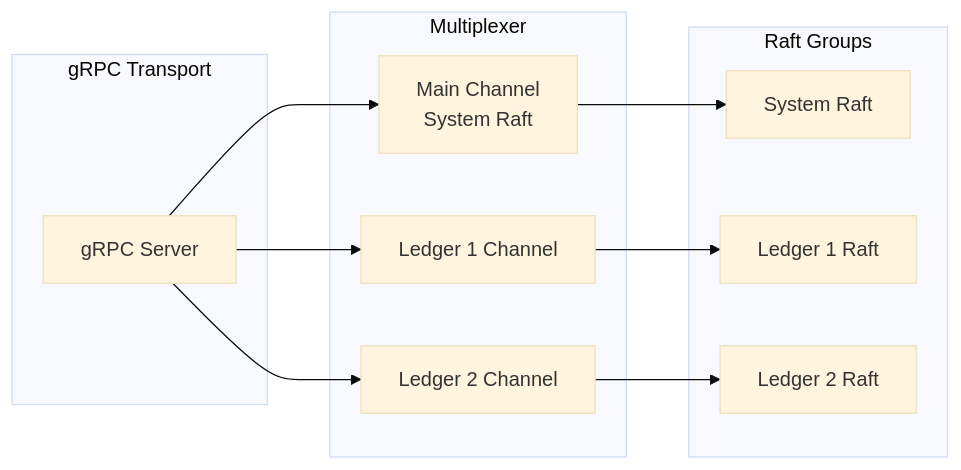
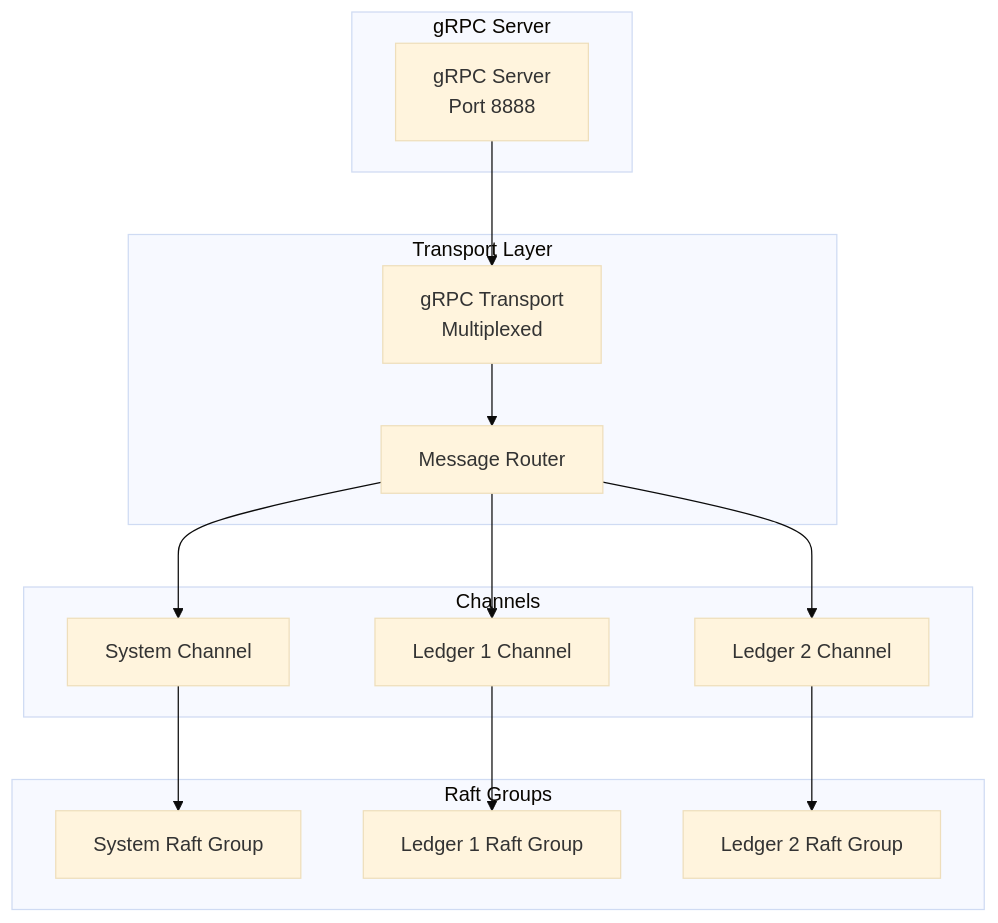
Before and after one commit to formancehq/ledger: the second of 3 diagrams in docs/raft-consensus.md, drawn with Mermaid (base theme). The commit also changed 11 other files, not shown here.

````diff
--- a/docs/raft-consensus.md
+++ b/docs/raft-consensus.md
@@ -122,26 +122,33 @@
 ```mermaid
-graph LR
-    subgraph "gRPC Transport"
-        GRPC[gRPC Server]
+graph TB
+    subgraph "gRPC Server"
+        GRPC[gRPC Server<br/>Port 8888]
     end
     
-    subgraph "Multiplexer"
-        Main[Main Channel<br/>System Raft]
-        Ledger1[Ledger 1 Channel]
-        Ledger2[Ledger 2 Channel]
+    subgraph "Transport Layer"
+        Transport[gRPC Transport<br/>Multiplexed]
+        Router[Message Router]
+    end
+    
+    subgraph "Channels"
+        MainChannel[System Channel]
+        Ledger1Channel[Ledger 1 Channel]
+        Ledger2Channel[Ledger 2 Channel]
     end
     
     subgraph "Raft Groups"
-        System[System Raft]
-        L1[Ledger 1 Raft]
-        L2[Ledger 2 Raft]
+        SystemRaft[System Raft Group]
+        Ledger1Raft[Ledger 1 Raft Group]
+        Ledger2Raft[Ledger 2 Raft Group]
     end
     
-    GRPC --> Main
-    GRPC --> Ledger1
-    GRPC --> Ledger2
+    GRPC --> Transport
+    Transport --> Router
+    Router --> MainChannel
+    Router --> Ledger1Channel
+    Router --> Ledger2Channel
     
-    Main --> System
-    Ledger1 --> L1
-    Ledger2 --> L2
+    MainChannel --> SystemRaft
+    Ledger1Channel --> Ledger1Raft
+    Ledger2Channel --> Ledger2Raft
 ```
````
